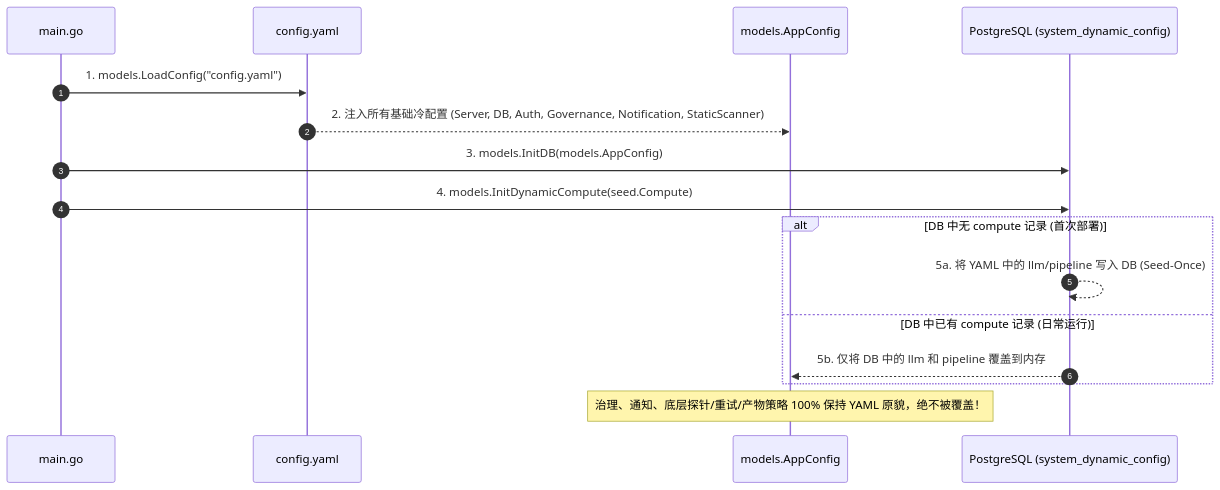
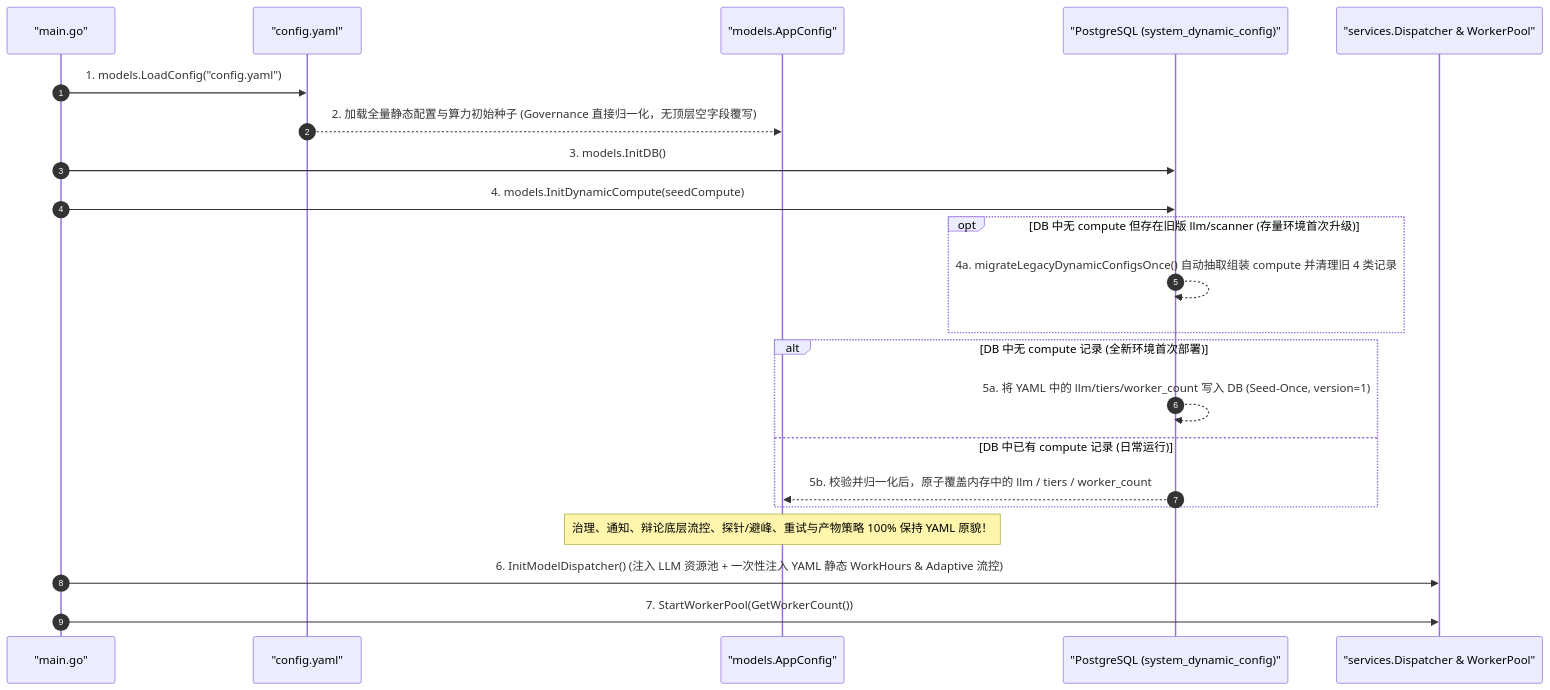
The third of 3 diagrams in docs/03-rfcs/RFC-005-系统配置动静分离与算力管理极简化重构设计.md (fugui/code-shield), drawn with Mermaid before and after one commit. The commit also changed other lines of this file and 1 other file, not shown here.

````diff
--- a/docs/03-rfcs/RFC-005-系统配置动静分离与算力管理极简化重构设计.md
+++ b/docs/03-rfcs/RFC-005-系统配置动静分离与算力管理极简化重构设计.md
@@ -152,19 +180,25 @@
 ```mermaid
 sequenceDiagram
     autonumber
-    participant Main as main.go
-    participant YAML as config.yaml
-    participant Memory as models.AppConfig
-    participant DB as PostgreSQL (system_dynamic_config)
+    participant Main as "main.go"
+    participant YAML as "config.yaml"
+    participant Memory as "models.AppConfig"
+    participant DB as "PostgreSQL (system_dynamic_config)"
+    participant Disp as "services.Dispatcher & WorkerPool"
 
     Main->>YAML: 1. models.LoadConfig("config.yaml")
-    YAML-->>Memory: 2. 注入所有基础冷配置 (Server, DB, Auth, Governance, Notification, StaticScanner)
-    Main->>DB: 3. models.InitDB(models.AppConfig)
-    Main->>DB: 4. models.InitDynamicCompute(seed.Compute)
-    alt DB 中无 compute 记录 (首次部署)
-        DB-->>DB: 5a. 将 YAML 中的 llm/pipeline 写入 DB (Seed-Once)
+    YAML-->>Memory: 2. 加载全量静态配置与算力初始种子 (Governance 直接归一化，无顶层空字段覆写)
+    Main->>DB: 3. models.InitDB()
+    Main->>DB: 4. models.InitDynamicCompute(seedCompute)
+    opt DB 中无 compute 但存在旧版 llm/scanner (存量环境首次升级)
+        DB-->>DB: 4a. migrateLegacyDynamicConfigsOnce() 自动抽取组装 compute 并清理旧 4 类记录
+    end
+    alt DB 中无 compute 记录 (全新环境首次部署)
+        DB-->>DB: 5a. 将 YAML 中的 llm/tiers/worker_count 写入 DB (Seed-Once, version=1)
     else DB 中已有 compute 记录 (日常运行)
-        DB-->>Memory: 5b. 仅将 DB 中的 llm 和 pipeline 覆盖到内存
+        DB-->>Memory: 5b. 校验并归一化后，原子覆盖内存中的 llm / tiers / worker_count
     end
-    Note over Memory: 治理、通知、底层探针/重试/产物策略 100% 保持 YAML 原貌，绝不被覆盖！
+    Note over Memory: 治理、通知、辩论底层流控、探针/避峰、重试与产物策略 100% 保持 YAML 原貌！
+    Main->>Disp: 6. InitModelDispatcher() (注入 LLM 资源池 + 一次性注入 YAML 静态 WorkHours & Adaptive 流控)
+    Main->>Disp: 7. StartWorkerPool(GetWorkerCount())
 ```
````
